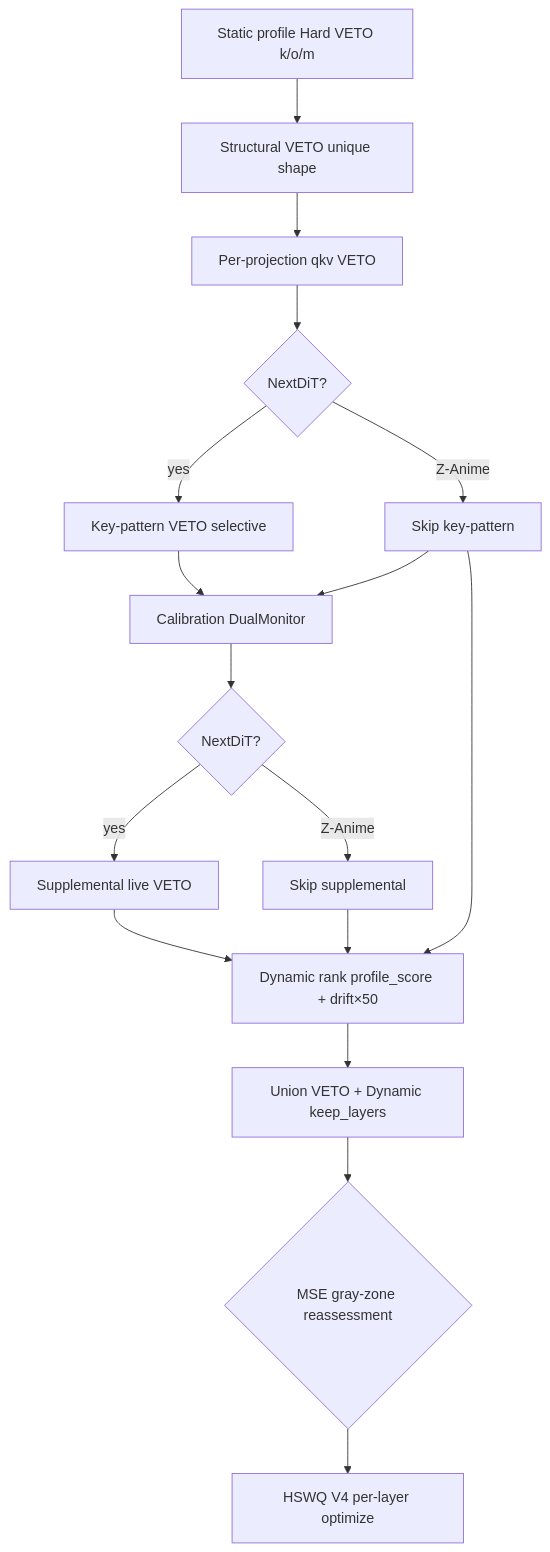
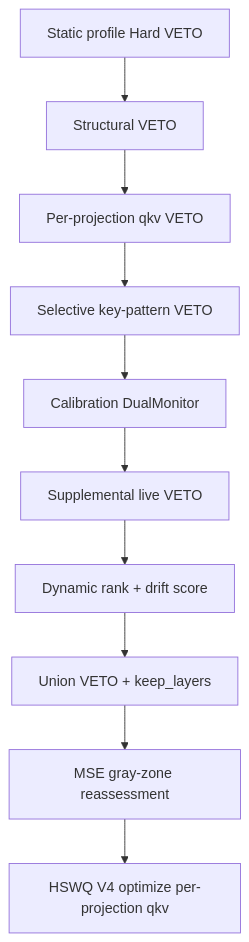
Before and after one commit to ussoewwin/Hybrid-Sensitivity-Weighted-Quantization: the diagram in md/V1.92_to_V2.0_Changes.md, drawn with Mermaid. The commit also changed other lines of this file and 1 other file, not shown here.

````diff
--- a/md/V1.92_to_V2.0_Changes.md
+++ b/md/V1.92_to_V2.0_Changes.md
@@ -754,19 +1172,12 @@
 ```mermaid
 flowchart TD
-    A[Static profile Hard VETO k/o/m] --> B[Structural VETO unique shape]
+    A[Static profile Hard VETO] --> B[Structural VETO]
     B --> C[Per-projection qkv VETO]
-    C --> D{NextDiT?}
-    D -->|yes| E[Key-pattern VETO selective]
-    D -->|Z-Anime| F[Skip key-pattern]
-    E --> G[Calibration DualMonitor]
-    F --> G
-    G --> H{NextDiT?}
-    H -->|yes| I[Supplemental live VETO]
-    H -->|Z-Anime| J[Skip supplemental]
-    I --> K[Dynamic rank profile_score + drift×50]
-    J --> K
-    F --> K
-    K --> L[Union VETO + Dynamic keep_layers]
-    L --> M{MSE gray-zone reassessment}
-    M --> N[HSWQ V4 per-layer optimize]
+    C --> D[Selective key-pattern VETO]
+    D --> E[Calibration DualMonitor]
+    E --> F[Supplemental live VETO]
+    F --> G[Dynamic rank + drift score]
+    G --> H[Union VETO + keep_layers]
+    H --> I[MSE gray-zone reassessment]
+    I --> J[HSWQ V4 optimize per-projection qkv]
 ```
````
